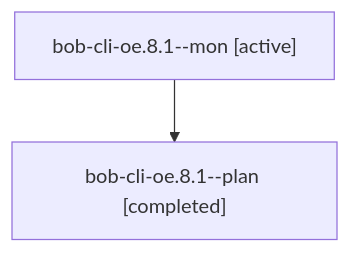
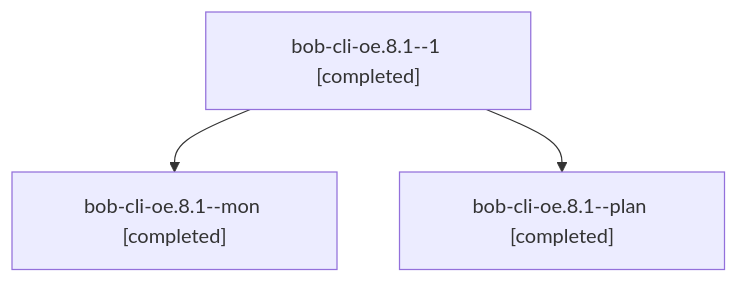
One commit to bobs-org/bob-cli--agents changed the diagram in sessions/bbugyi200.apollo.bob-cli-oe.8.1.md. Above: the diagram before and after it, drawn with Mermaid. The commit also changed other lines of this file and 57 other files, not shown here.

````diff
--- a/sessions/bbugyi200.apollo.bob-cli-oe.8.1.md
+++ b/sessions/bbugyi200.apollo.bob-cli-oe.8.1.md
@@ -9,6 +9,8 @@
 ```mermaid
 flowchart TD
-  n0["bob-cli-oe.8.1--mon [active]"]
-  n1["bob-cli-oe.8.1--plan [completed]"]
+  n0["bob-cli-oe.8.1--1 [completed]"]
+  n1["bob-cli-oe.8.1--mon [completed]"]
   n0 --> n1
+  n2["bob-cli-oe.8.1--plan [completed]"]
+  n0 --> n2
 ```
````
